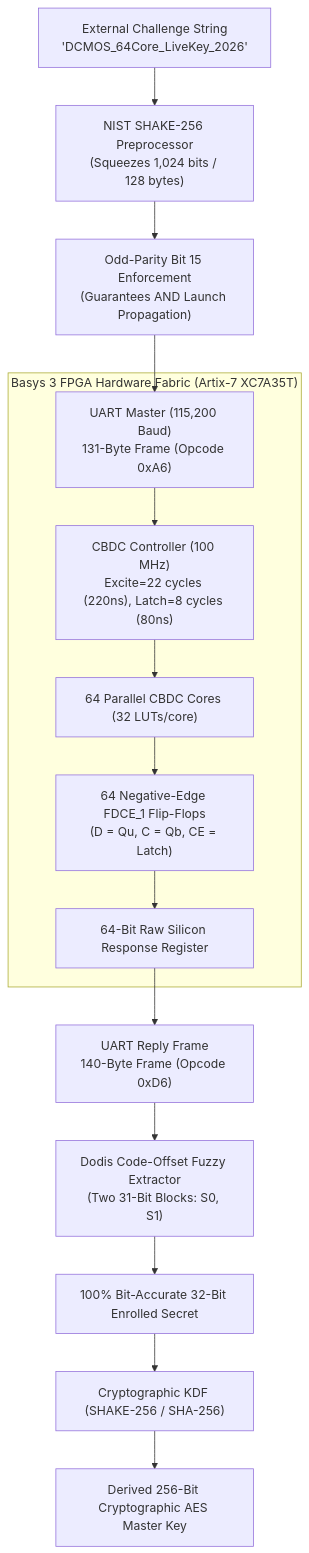
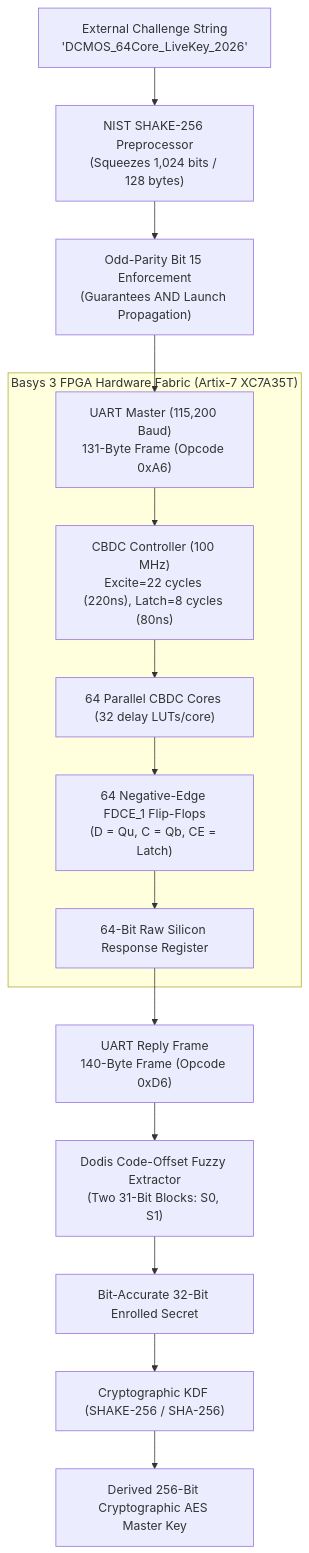
The diagram in reports/CBDC_PUF_REPLICATION_REPORT.md (cskarthikk/DCMOS_CBDC), drawn with Mermaid before and after one commit. The commit also changed other lines of this file and 6 other files, not shown here.

````diff
--- a/reports/CBDC_PUF_REPLICATION_REPORT.md
+++ b/reports/CBDC_PUF_REPLICATION_REPORT.md
@@ -48,19 +48,19 @@
 ```mermaid
 flowchart TD
     ExtChallenge["External Challenge String\n'DCMOS_64Core_LiveKey_2026'"] --> SHA3["NIST SHAKE-256 Preprocessor\n(Squeezes 1,024 bits / 128 bytes)"]
     SHA3 --> ParityCheck["Odd-Parity Bit 15 Enforcement\n(Guarantees AND Launch Propagation)"]
     ParityCheck --> UARTTx["UART Master (115,200 Baud)\n131-Byte Frame (Opcode 0xA6)"]
     
     subgraph Basys3 ["Basys 3 FPGA Hardware Fabric (Artix-7 XC7A35T)"]
         UARTTx --> UARTRx["CBDC Controller (100 MHz)\nExcite=22 cycles (220ns), Latch=8 cycles (80ns)"]
-        UARTRx --> Cores["64 Parallel CBDC Cores (32 LUTs/core)"]
+        UARTRx --> Cores["64 Parallel CBDC Cores (32 delay LUTs/core)"]
         Cores --> Arbiters["64 Negative-Edge FDCE_1 Flip-Flops\n(D = Qu, C = Qb, CE = Latch)"]
         Arbiters --> ResponseReg["64-Bit Raw Silicon Response Register"]
     end
     
     ResponseReg --> UARTEcho["UART Reply Frame\n140-Byte Frame (Opcode 0xD6)"]
     UARTEcho --> CodeOffset["Dodis Code-Offset Fuzzy Extractor\n(Two 31-Bit Blocks: S0, S1)"]
-    CodeOffset --> StableKey["100% Bit-Accurate 32-Bit Enrolled Secret"]
+    CodeOffset --> StableKey["Bit-Accurate 32-Bit Enrolled Secret"]
     StableKey --> SHA256["Cryptographic KDF (SHAKE-256 / SHA-256)"]
     SHA256 --> AESKey["Derived 256-Bit Cryptographic AES Master Key"]
 ```
````
